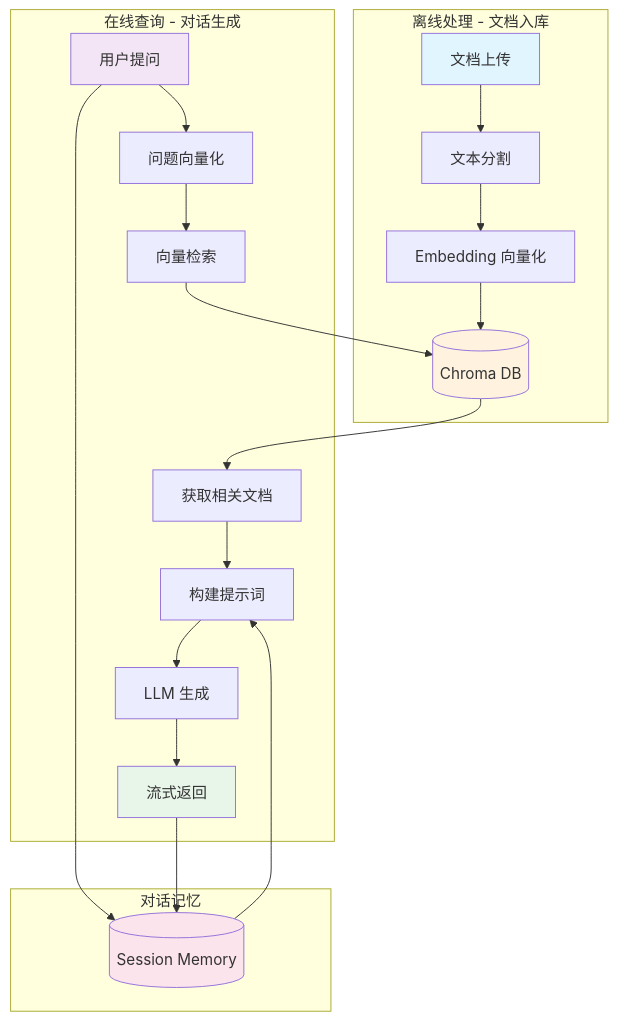
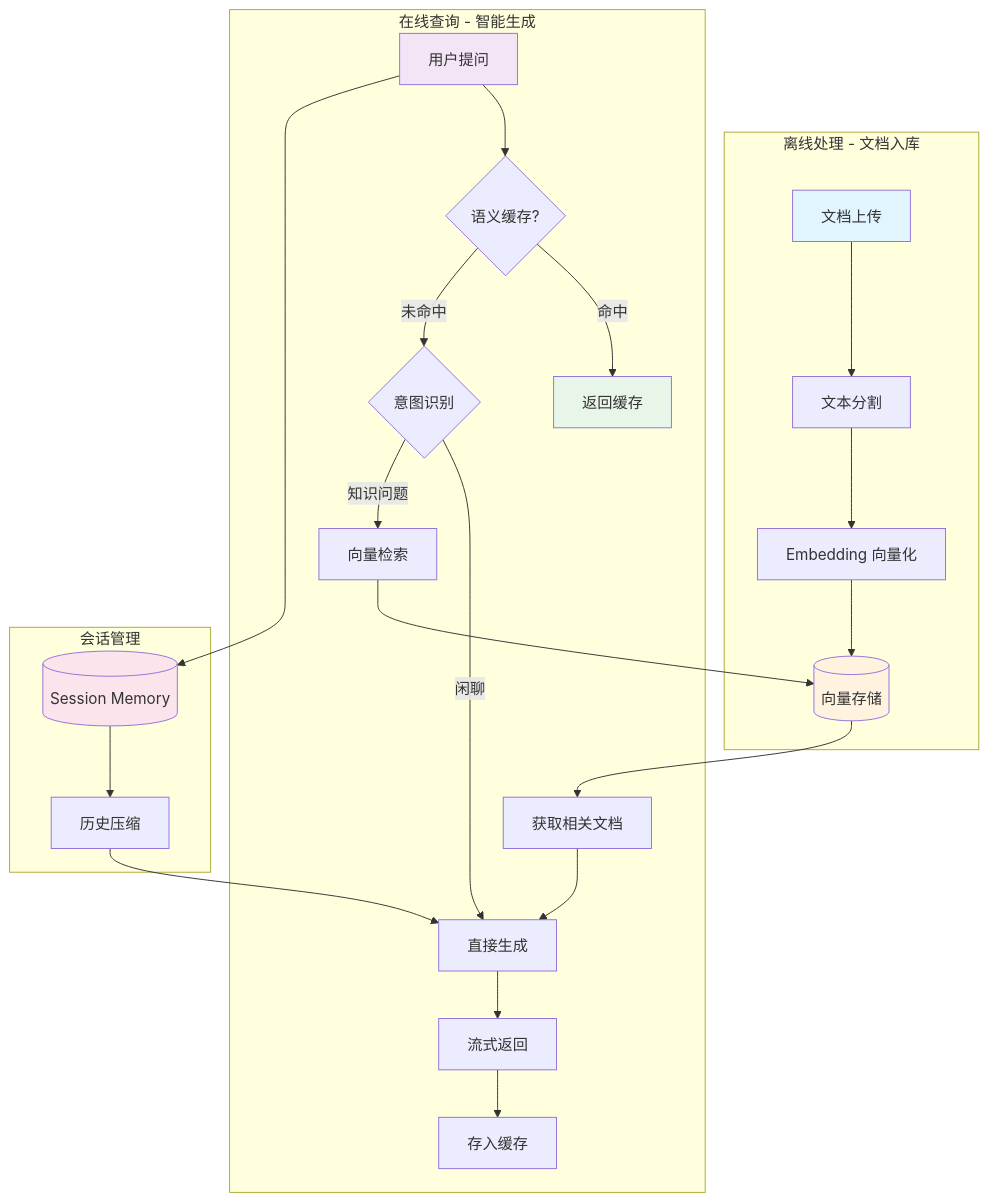
The diagram in README.md (Chasen-Liao/RagChat), drawn with Mermaid before and after one commit. The commit also changed other lines of this file and 23 other files, not shown here.

Commit message:
v2.0 - 2026-02-14 新增意图识别，自动判断是否需要检索 新增语义缓存，节省 80%+ API 费用 新增对话历史压缩，支持长对话 新增多会话管理，持久化存储 新增侧边栏悬停展开交互 新增 RAG 功能开关 采用 Apple 毛玻璃设计风格

````diff
--- a/README.md
+++ b/README.md
@@ -52,31 +55,35 @@
 ```mermaid
 flowchart TB
     subgraph 离线处理["离线处理 - 文档入库"]
         A[文档上传] --> B[文本分割]
         B --> C[Embedding 向量化]
-        C --> D[(Chroma DB)]
+        C --> D[(向量存储)]
     end
 
-    subgraph 在线查询["在线查询 - 对话生成"]
-        E[用户提问] --> F[问题向量化]
-        F --> G[向量检索]
-        G --> D
-        D --> H[获取相关文档]
-        H --> I[构建提示词]
-        I --> J[LLM 生成]
-        J --> K[流式返回]
+    subgraph 在线查询["在线查询 - 智能生成"]
+        E[用户提问] --> F{语义缓存?}
+        F -->|命中| K[返回缓存]
+        F -->|未命中| G{意图识别}
+        G -->|闲聊| J[直接生成]
+        G -->|知识问题| H[向量检索]
+        H --> D
+        D --> I[获取相关文档]
+        I --> J
+        J --> L[流式返回]
+        L --> M[存入缓存]
     end
 
-    subgraph 记忆管理["对话记忆"]
-        L[(Session Memory)]
-        E --> L
-        K --> L
-        L --> I
+    subgraph 会话管理["会话管理"]
+        N[(Session Memory)]
+        E --> N
+        O[历史压缩]
+        N --> O
+        O --> J
     end
 
     style A fill:#e1f5fe
     style E fill:#f3e5f5
     style K fill:#e8f5e9
     style D fill:#fff3e0
-    style L fill:#fce4ec
+    style N fill:#fce4ec
 ```
````
